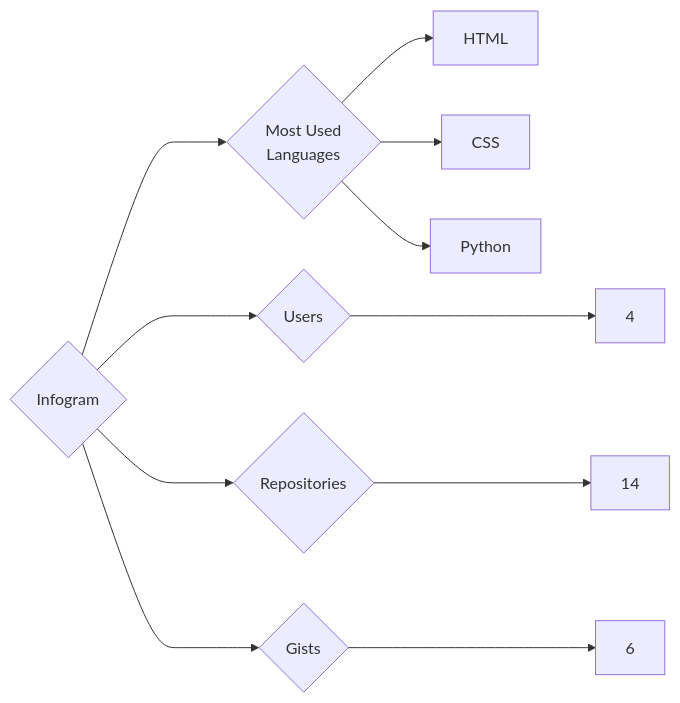
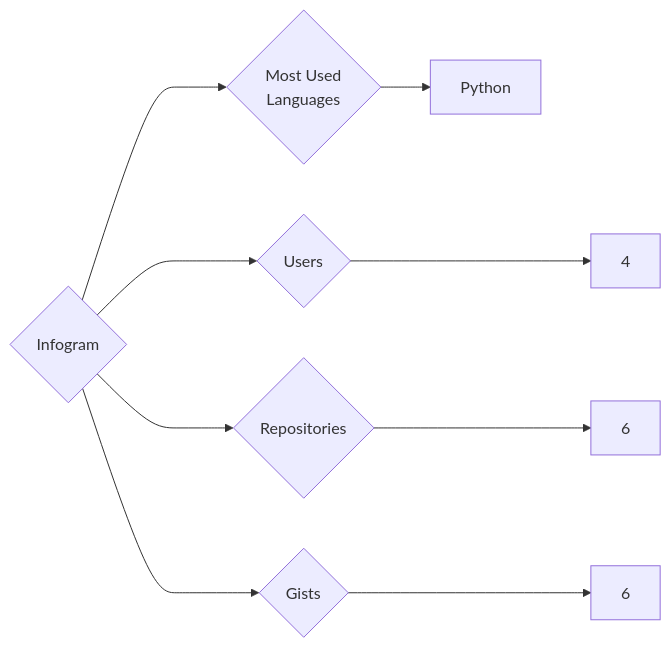
One commit to trickest/insiders changed the diagram in targets/Infogram/README.md. Above: the diagram before and after it, drawn with Mermaid. The commit also changed 783 other files, not shown here.

````diff
--- a/targets/Infogram/README.md
+++ b/targets/Infogram/README.md
@@ -3,11 +3,9 @@
 ```mermaid
 graph LR
 COMPANY_NAME{Infogram}
 COMPANY_NAME ---> U{Users} ---> UN[4]
-COMPANY_NAME ---> R{Repositories} ---> RN[14]
+COMPANY_NAME ---> R{Repositories} ---> RN[6]
 COMPANY_NAME ---> G{Gists} ---> GN[6]
 COMPANY_NAME ---> ML{Most Used<br>Languages}
-ML --> HTML[HTML]
-ML --> CSS[CSS]
 ML --> Python[Python]
 ```
````
